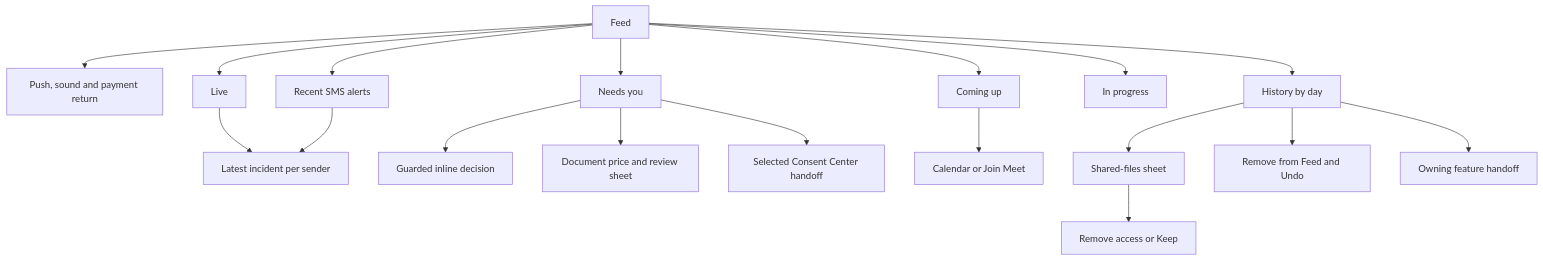
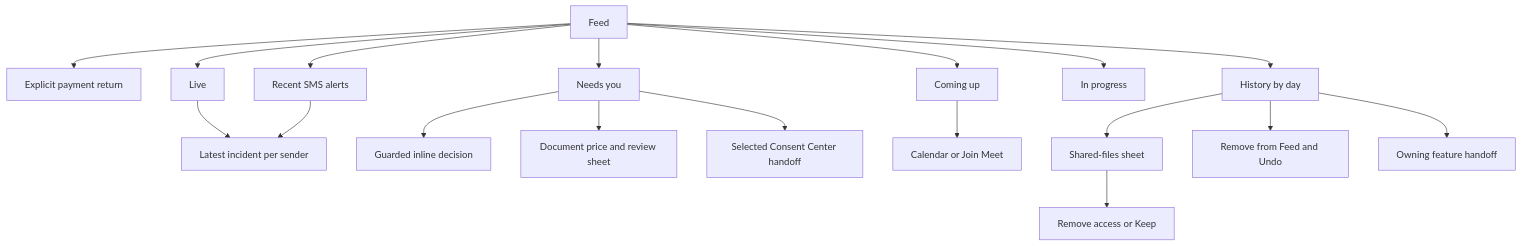
Before and after one commit to hushh-labs/hushh-research: the diagram in hushh-webapp/docs/ui-contracts/feed.md, drawn with Mermaid. The commit also changed other lines of this file and 15 other files, not shown here.

````diff
--- a/hushh-webapp/docs/ui-contracts/feed.md
+++ b/hushh-webapp/docs/ui-contracts/feed.md
@@ -34,20 +34,20 @@
 ```mermaid
 flowchart TD
-  feed["Feed"] --> prompts["Push, sound and payment return"]
+  feed["Feed"] --> prompts["Explicit payment return"]
   feed --> live["Live"]
   feed --> needs["Needs you"]
   feed --> recentSms["Recent SMS alerts"]
   live --> sms["Latest incident per sender"]
   recentSms --> sms
   feed --> upcoming["Coming up"]
   feed --> progress["In progress"]
   feed --> history["History by day"]
   needs --> inline["Guarded inline decision"]
   needs --> price["Document price and review sheet"]
   needs --> consent["Selected Consent Center handoff"]
   upcoming --> calendar["Calendar or Join Meet"]
   history --> files["Shared-files sheet"]
   files --> removal["Remove access or Keep"]
   history --> dismiss["Remove from Feed and Undo"]
   history --> routes["Owning feature handoff"]
 ```
````
